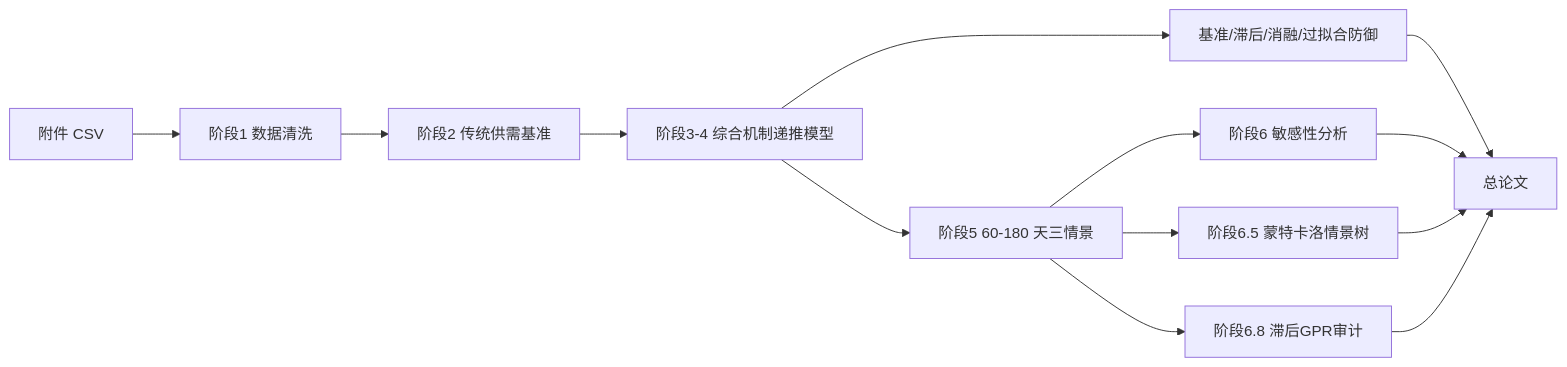
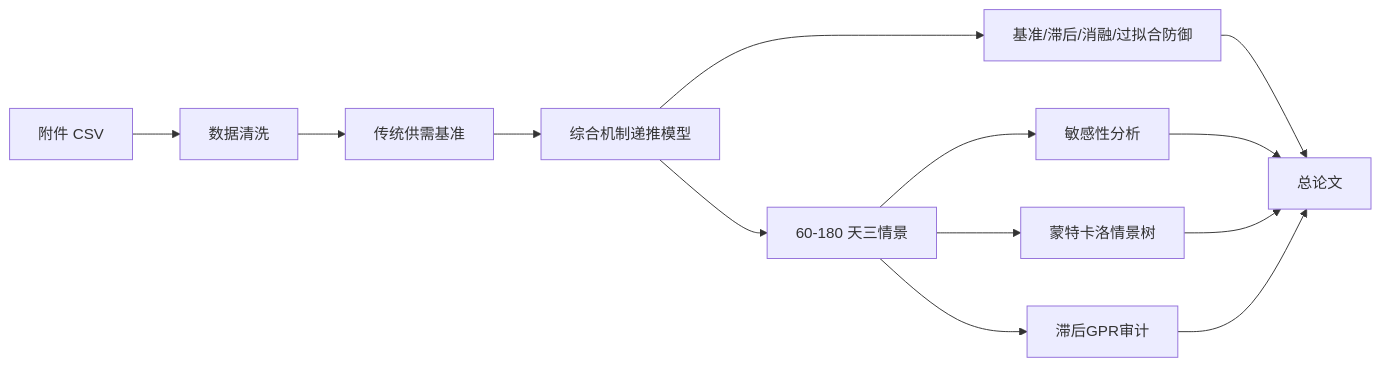
One commit to Timcai06/-A- changed the diagram in docs/01_建模方案.md. Above: the diagram before and after it, drawn with Mermaid. The commit also changed other lines of this file and 14 other files, not shown here.

````diff
--- a/docs/01_建模方案.md
+++ b/docs/01_建模方案.md
@@ -5,15 +5,15 @@
 ```mermaid
 flowchart LR
-    Raw["附件 CSV"] --> Clean["阶段1 数据清洗"]
-    Clean --> Baseline["阶段2 传统供需基准"]
-    Baseline --> Main["阶段3-4 综合机制递推模型"]
+    Raw["附件 CSV"] --> Clean["数据清洗"]
+    Clean --> Baseline["传统供需基准"]
+    Baseline --> Main["综合机制递推模型"]
     Main --> Defense["基准/滞后/消融/过拟合防御"]
-    Main --> Scenario["阶段5 60-180 天三情景"]
-    Scenario --> Sens["阶段6 敏感性分析"]
-    Scenario --> MC["阶段6.5 蒙特卡洛情景树"]
-    Scenario --> RiskAudit["阶段6.8 滞后GPR审计"]
+    Main --> Scenario["60-180 天三情景"]
+    Scenario --> Sens["敏感性分析"]
+    Scenario --> MC["蒙特卡洛情景树"]
+    Scenario --> RiskAudit["滞后GPR审计"]
     Defense --> Paper["总论文"]
     Sens --> Paper
     MC --> Paper
     RiskAudit --> Paper
 ```
````
